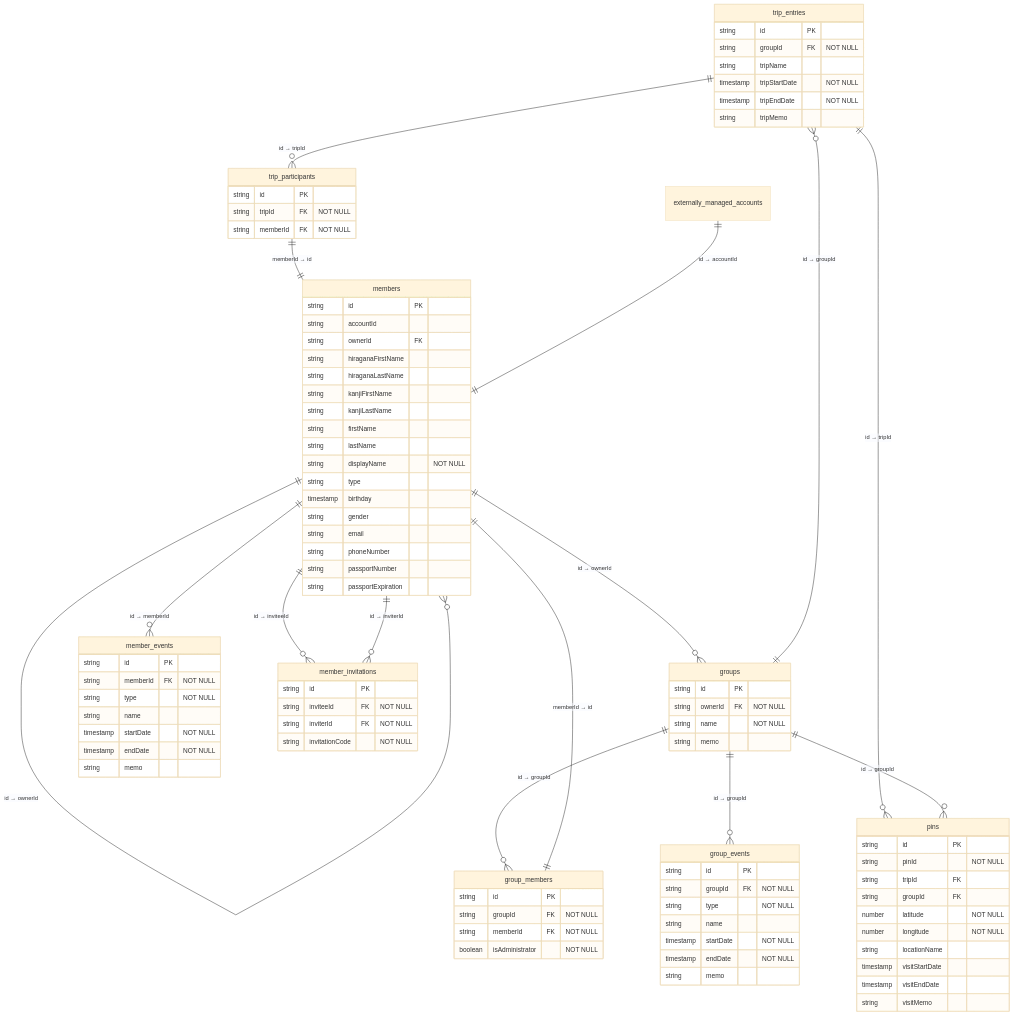
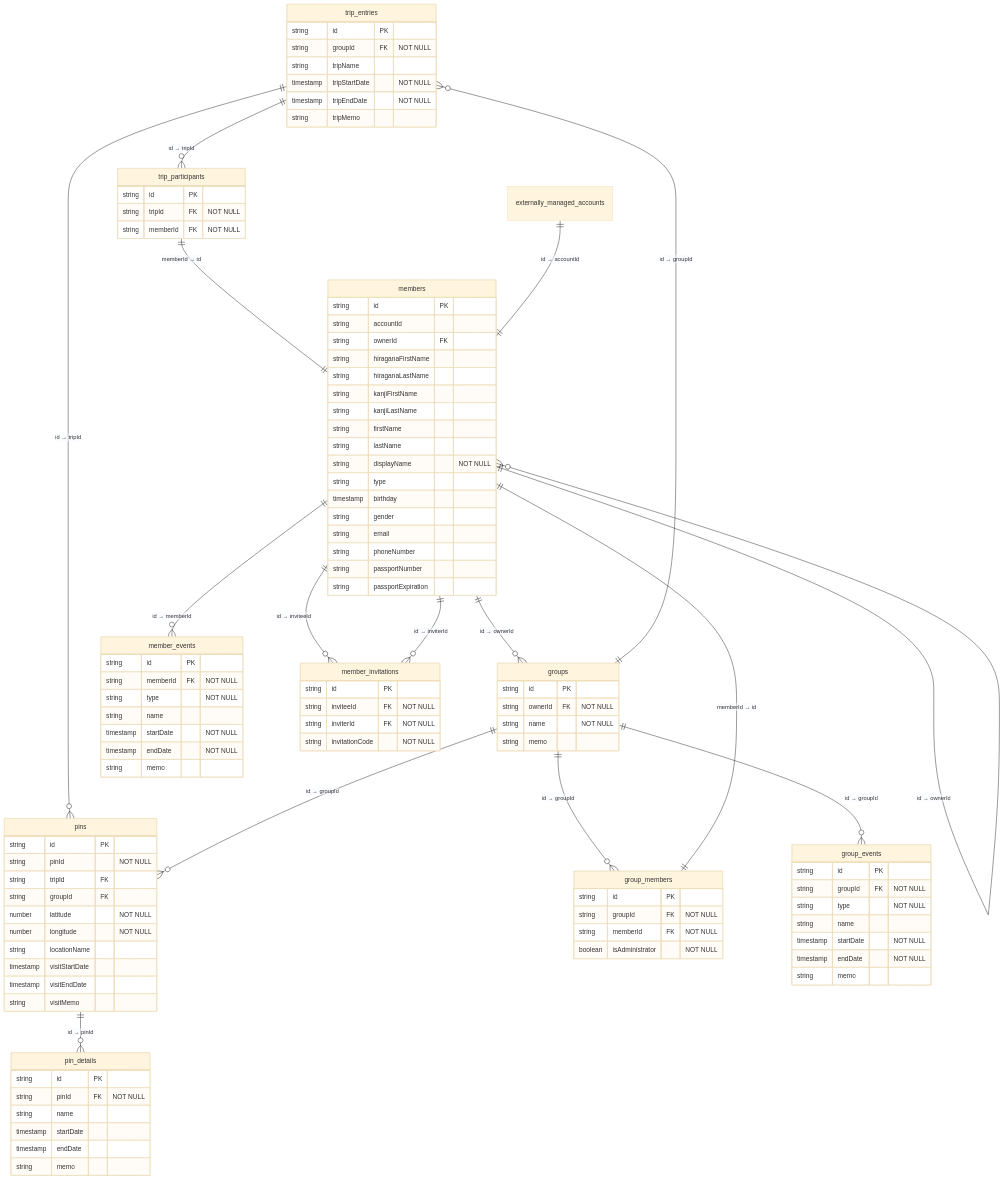
Before and after one commit to taka-016/memora: the diagram in docs/er_diagram.md, drawn with Mermaid (base theme).

Commit message:
ER図にpin_details追加

````diff
--- a/docs/er_diagram.md
+++ b/docs/er_diagram.md
@@ -26,6 +26,14 @@
         timestamp visitStartDate
         timestamp visitEndDate
         string visitMemo
+    }
+    pin_details {
+        string id PK
+        string pinId FK "NOT NULL"
+        string name
+        timestamp startDate
+        timestamp endDate
+        string memo
     }
     groups {
         string id PK
@@ -97,4 +105,5 @@
     members ||--o{ groups : "id → ownerId"
     members ||--o{ member_invitations : "id → inviteeId"
     members ||--o{ member_invitations : "id → inviterId"
+    pins ||--o{ pin_details : "id → pinId"
 ```
````
